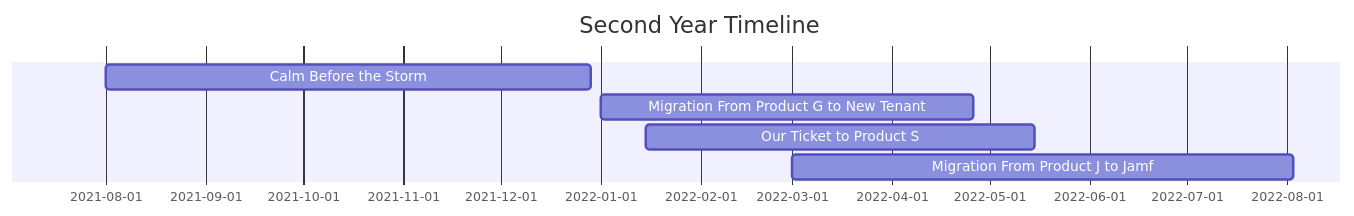
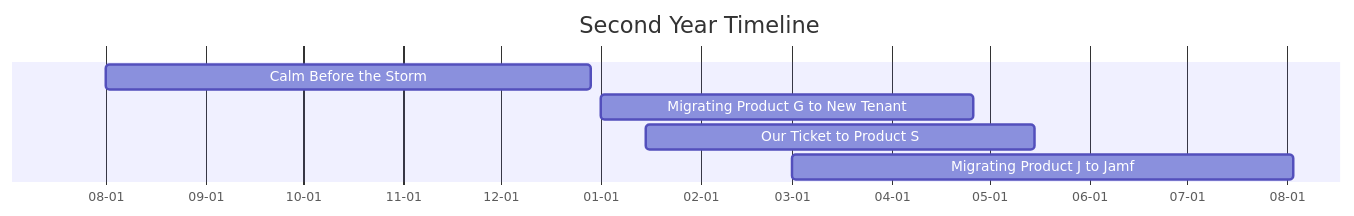
One commit to NicholasChua/NicholasChua changed the diagram in _posts/2024-05-29-start-up-scale-up-3-4.md. Above: the diagram before and after it, drawn with Mermaid. The commit also changed other lines of this file and 3 other files, not shown here.

Commit message:
docs: add link to software section, change timeline graph axes

````diff
--- a/_posts/2024-05-29-start-up-scale-up-3-4.md
+++ b/_posts/2024-05-29-start-up-scale-up-3-4.md
@@ -21,9 +21,13 @@
 ```mermaid
 gantt
     title Second Year Timeline
     dateFormat YYYY-MM-DD
+    axisFormat %m-%d
+    tickInterval 1month
+    todayMarker off
+
     Calm Before the Storm                   :a1, 2021-08-01, 150d
-    Migration From Product G to New Tenant  :a2, 2022-01-01, 115d
+    Migrating Product G to New Tenant       :a2, 2022-01-01, 115d
     Our Ticket to Product S                 :a3, 2022-01-15, 120d
-    Migration From Product J to Jamf        :a4, 2022-03-01, 155d
+    Migrating Product J to Jamf             :a4, 2022-03-01, 155d
 ```
````
